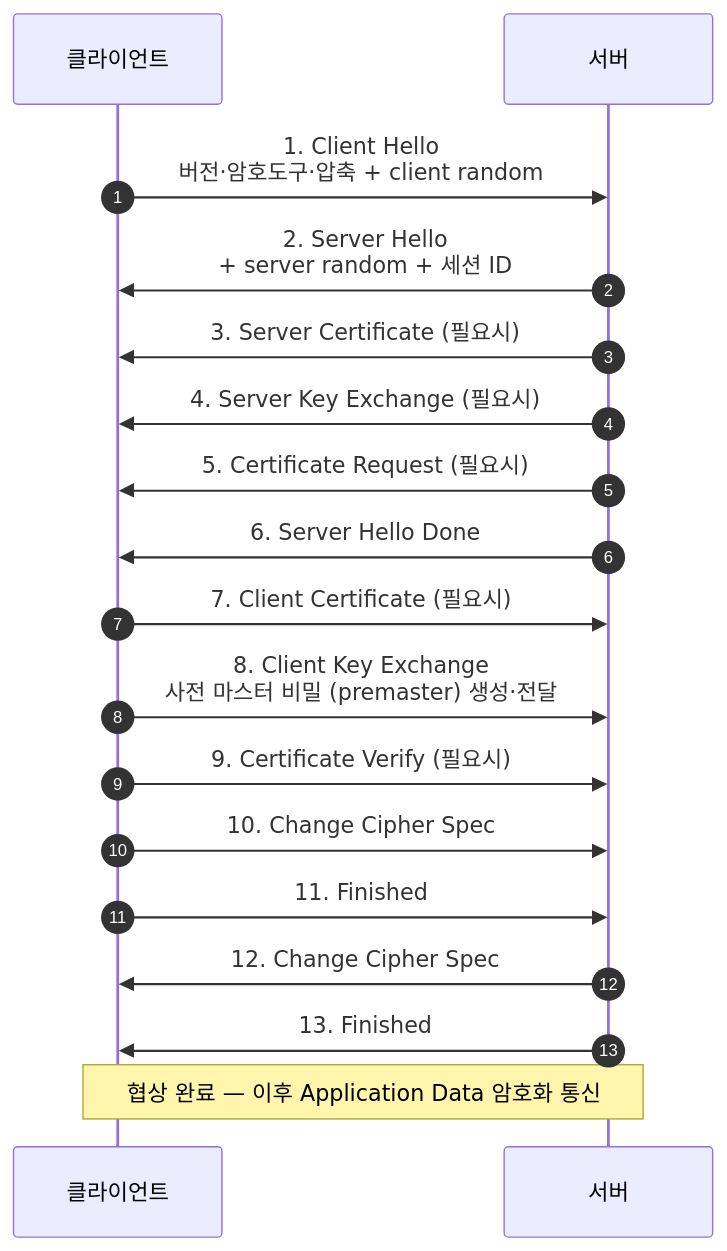
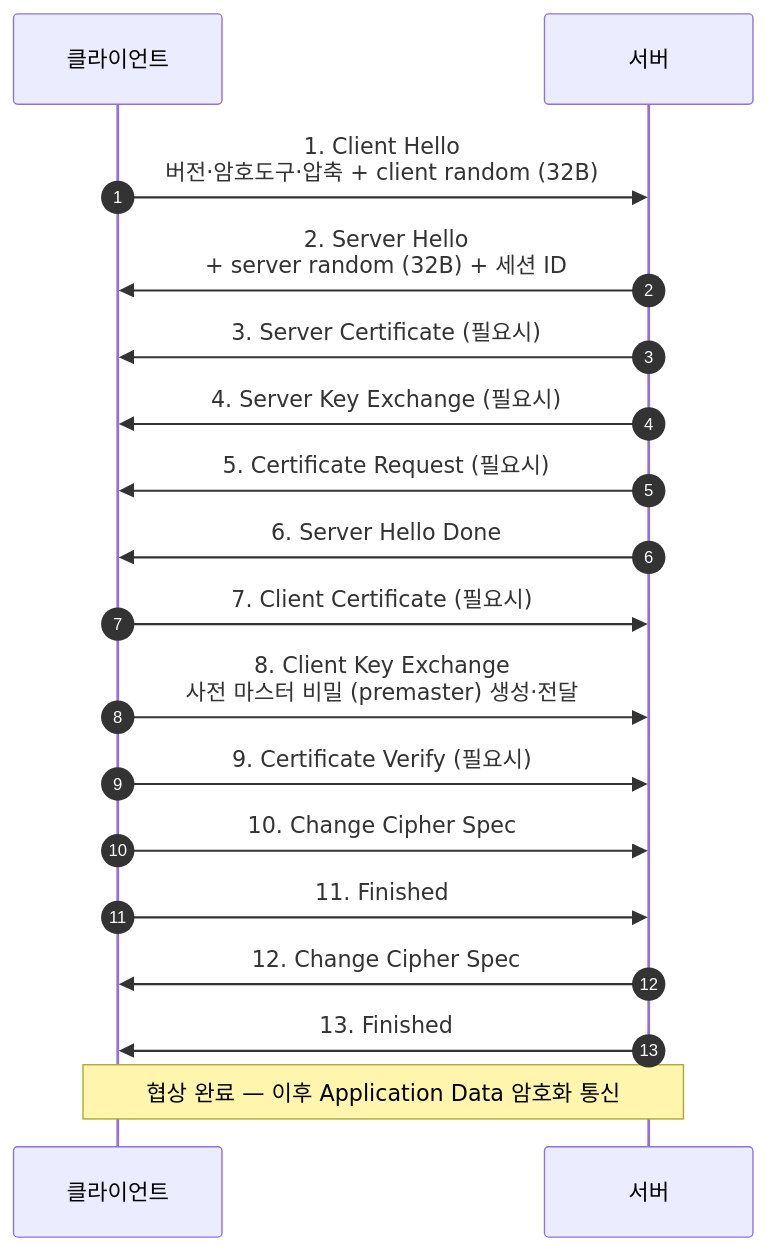
The fourth of 5 diagrams in cs/information-security/study/02.network-security/07.security-protocols.md (ianrang/cs-study), drawn with Mermaid before and after one commit. The commit also changed other lines of this file, not shown here.

````diff
--- a/cs/information-security/study/02.network-security/07.security-protocols.md
+++ b/cs/information-security/study/02.network-security/07.security-protocols.md
@@ -921,24 +928,24 @@
 ```mermaid
 sequenceDiagram
     autonumber
     participant C as 클라이언트
     participant S as 서버
 
-    C->>S: 1. Client Hello<br/>버전·암호도구·압축 + client random
-    S->>C: 2. Server Hello<br/>+ server random + 세션 ID
+    C->>S: 1. Client Hello<br/>버전·암호도구·압축 + client random (32B)
+    S->>C: 2. Server Hello<br/>+ server random (32B) + 세션 ID
     S->>C: 3. Server Certificate (필요시)
     S->>C: 4. Server Key Exchange (필요시)
     S->>C: 5. Certificate Request (필요시)
     S->>C: 6. Server Hello Done
 
     C->>S: 7. Client Certificate (필요시)
     C->>S: 8. Client Key Exchange<br/>사전 마스터 비밀 (premaster) 생성·전달
     C->>S: 9. Certificate Verify (필요시)
     C->>S: 10. Change Cipher Spec
     C->>S: 11. Finished
 
     S->>C: 12. Change Cipher Spec
     S->>C: 13. Finished
 
     Note over C,S: 협상 완료 — 이후 Application Data 암호화 통신
 ```
````
